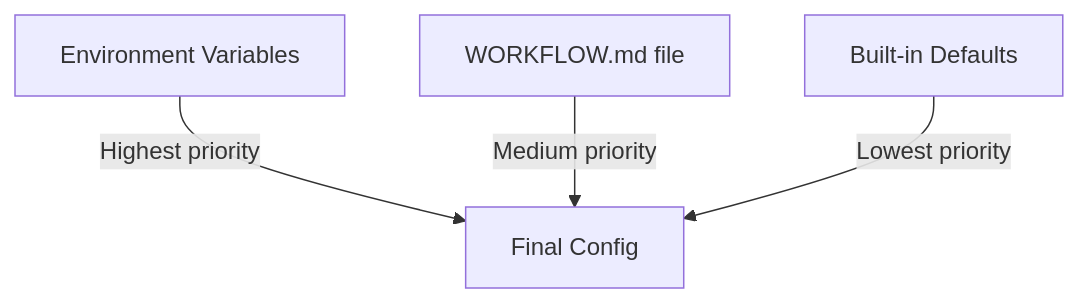
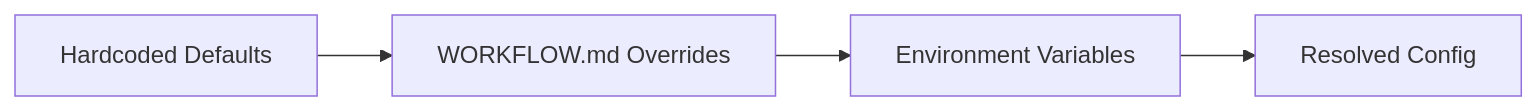
One commit to bradAGI/Orchestra changed the diagram in docs/guides/configuration.md. Above: the diagram before and after it, drawn with Mermaid. The commit also changed other lines of this file and 1 other file, not shown here.

````diff
--- a/docs/guides/configuration.md
+++ b/docs/guides/configuration.md
@@ -14,6 +11,6 @@
 ```mermaid
-flowchart TD
-    ENV[Environment Variables] -->|Highest priority| MERGED[Final Config]
-    WF[WORKFLOW.md file] -->|Medium priority| MERGED
-    DEF[Built-in Defaults] -->|Lowest priority| MERGED
+flowchart LR
+    DEFAULTS[Hardcoded Defaults] --> WF[WORKFLOW.md Overrides]
+    WF --> ENV[Environment Variables]
+    ENV --> CONFIG[Resolved Config]
 ```
````
